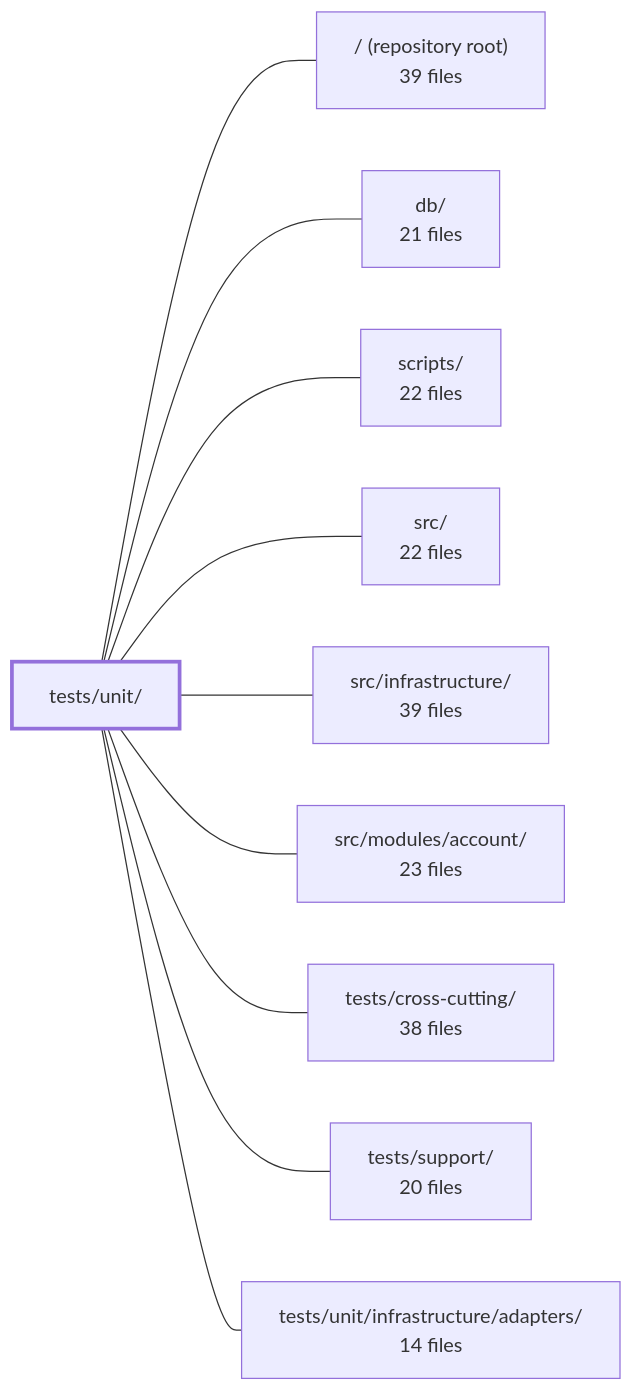
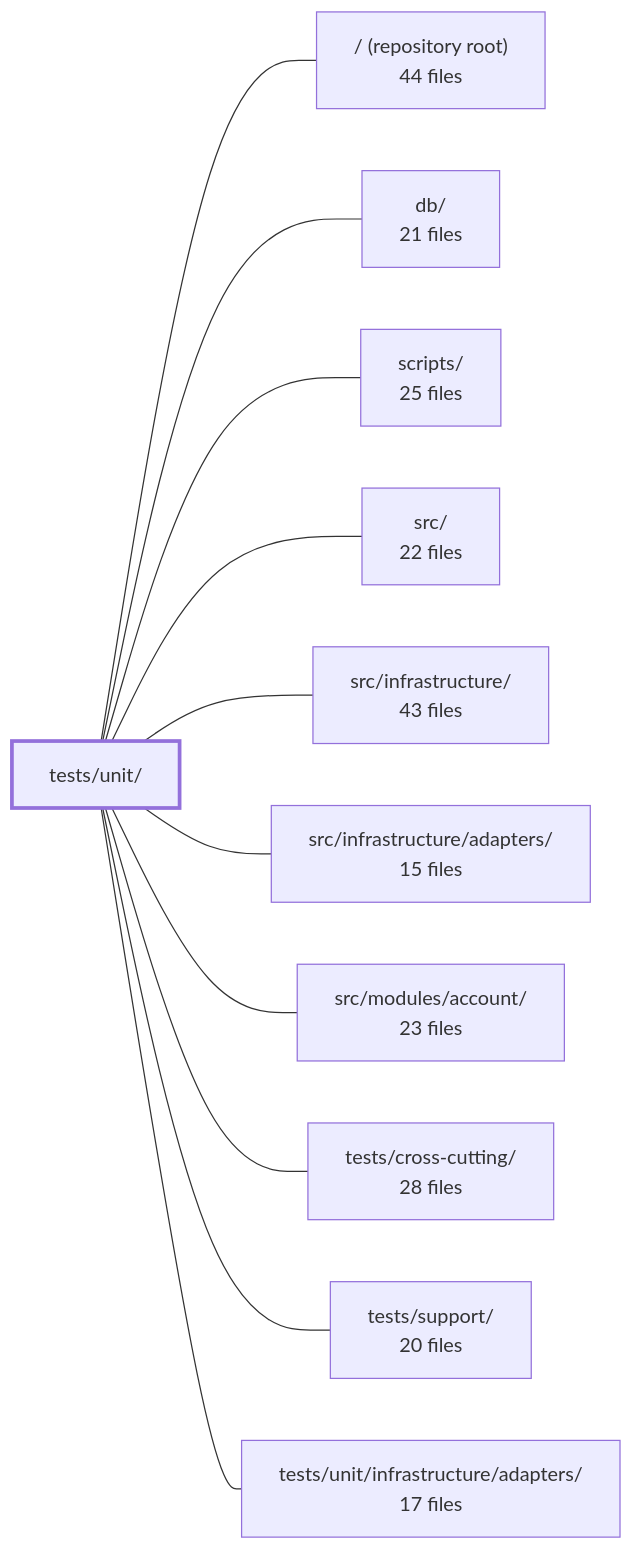
One commit to Guebbit/boilerplate-node-backend changed the diagram in .2repo/modules/boilerplate-node-backend_tests_unit.md. Above: the diagram before and after it, drawn with Mermaid. The commit also changed other lines of this file and 625 other files, not shown here.

````diff
--- a/.2repo/modules/boilerplate-node-backend_tests_unit.md
+++ b/.2repo/modules/boilerplate-node-backend_tests_unit.md
@@ -43,23 +43,25 @@
 ```mermaid
 flowchart LR
     m_tests_unit["tests/unit/"]
-    m_root["/ (repository root)<br/>39 files"]
+    m_root["/ (repository root)<br/>44 files"]
     m_db["db/<br/>21 files"]
-    m_scripts["scripts/<br/>22 files"]
+    m_scripts["scripts/<br/>25 files"]
     m_src["src/<br/>22 files"]
-    m_src_infrastructure["src/infrastructure/<br/>39 files"]
+    m_src_infrastructure["src/infrastructure/<br/>43 files"]
+    m_src_infrastructure_adapters["src/infrastructure/adapters/<br/>15 files"]
     m_src_modules_account["src/modules/account/<br/>23 files"]
-    m_tests_cross_cutting["tests/cross-cutting/<br/>38 files"]
+    m_tests_cross_cutting["tests/cross-cutting/<br/>28 files"]
     m_tests_support["tests/support/<br/>20 files"]
-    m_tests_unit_infrastructure_adapters["tests/unit/infrastructure/adapters/<br/>14 files"]
+    m_tests_unit_infrastructure_adapters["tests/unit/infrastructure/adapters/<br/>17 files"]
     m_tests_unit --- m_root
     m_tests_unit --- m_db
     m_tests_unit --- m_scripts
     m_tests_unit --- m_src
     m_tests_unit --- m_src_infrastructure
+    m_tests_unit --- m_src_infrastructure_adapters
     m_tests_unit --- m_src_modules_account
     m_tests_unit --- m_tests_cross_cutting
     m_tests_unit --- m_tests_support
     m_tests_unit --- m_tests_unit_infrastructure_adapters
     style m_tests_unit stroke-width:3px
 ```
````
